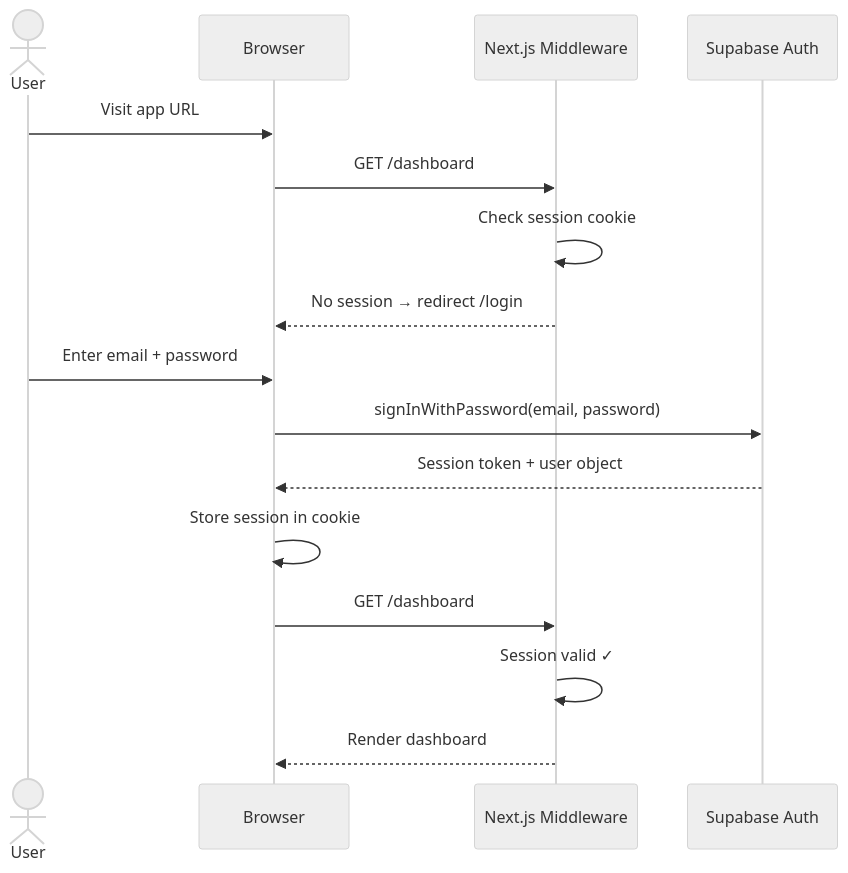
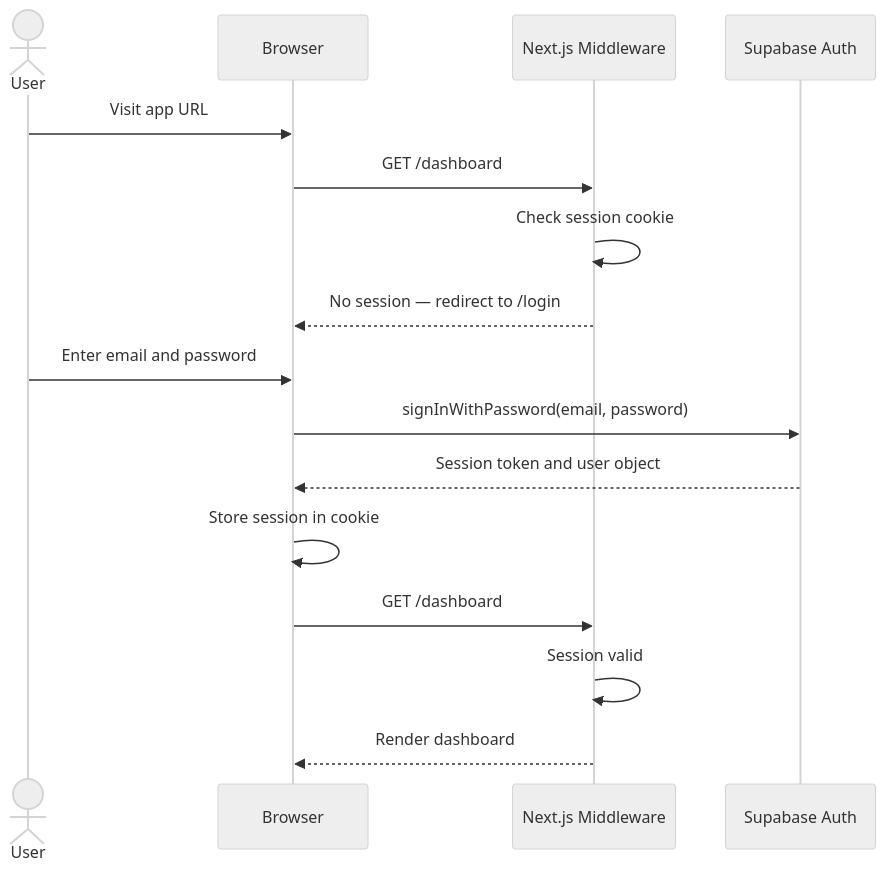
Before and after one commit to wongjinar-ai/expample: the fourth of 13 diagrams in PLANNING.md, drawn with Mermaid (neutral theme). The commit also changed other lines of this file, not shown here.

Commit message:
Fix Mermaid diagram syntax for broad renderer compatibility

````diff
--- a/PLANNING.md
+++ b/PLANNING.md
@@ -268,20 +268,20 @@
 ```mermaid
 sequenceDiagram
     actor User
     participant Browser
     participant Middleware as Next.js Middleware
     participant Supabase as Supabase Auth
 
     User->>Browser: Visit app URL
     Browser->>Middleware: GET /dashboard
     Middleware->>Middleware: Check session cookie
-    Middleware-->>Browser: No session → redirect /login
+    Middleware-->>Browser: No session — redirect to /login
 
-    User->>Browser: Enter email + password
+    User->>Browser: Enter email and password
     Browser->>Supabase: signInWithPassword(email, password)
-    Supabase-->>Browser: Session token + user object
+    Supabase-->>Browser: Session token and user object
     Browser->>Browser: Store session in cookie
     Browser->>Middleware: GET /dashboard
-    Middleware->>Middleware: Session valid ✓
+    Middleware->>Middleware: Session valid
     Middleware-->>Browser: Render dashboard
 ```
````
